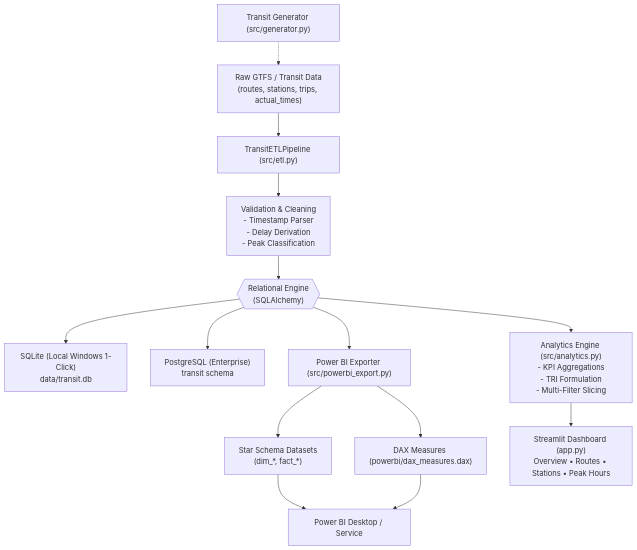
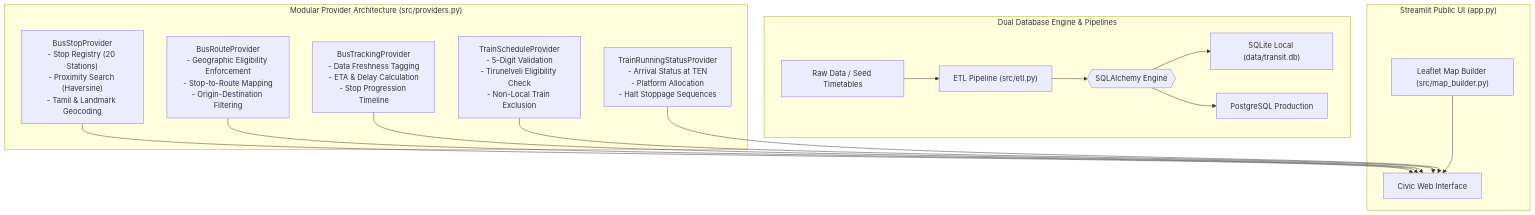
One commit to raguramrrp/90-days-90-projects-day-07-public-transit-delay-dashboard changed the diagram in README.md. Above: the diagram before and after it, drawn with Mermaid. The commit also changed other lines of this file and 63 other files, not shown here.

Commit message:
feat: upgrade to Tirunelveli Transport Tracker with Google Stitch Civic UI

````diff
--- a/README.md
+++ b/README.md
@@ -78,19 +123,26 @@
 ```mermaid
 flowchart TD
-    RAW["Raw GTFS / Transit Data<br/>(routes, stations, trips, actual_times)"] --> ETL["TransitETLPipeline (src/etl.py)"]
-    GEN["Transit Generator (src/generator.py)"] -.-> RAW
-    ETL --> VAL["Validation & Cleaning<br/>- Timestamp Parser<br/>- Delay Derivation<br/>- Peak Classification"]
-    
-    VAL --> DB{{"Relational Engine<br/>(SQLAlchemy)"}}
-    DB --> SQLITE["SQLite (Local Windows 1-Click)<br/>data/transit.db"]
-    DB --> PG["PostgreSQL (Enterprise)<br/>transit schema"]
-    
-    DB --> ANALYTICS["Analytics Engine (src/analytics.py)<br/>- KPI Aggregations<br/>- TRI Formulation<br/>- Multi-Filter Slicing"]
-    DB --> EXPORT["Power BI Exporter (src/powerbi_export.py)"]
-    EXPORT --> PBI_CSV["Star Schema Datasets<br/>(dim_*, fact_*)"]
-    EXPORT --> DAX["DAX Measures (powerbi/dax_measures.dax)"]
-    
-    ANALYTICS --> STREAMLIT["Streamlit Dashboard (app.py)<br/>Overview • Routes • Stations • Peak Hours"]
-    PBI_CSV --> PBI["Power BI Desktop / Service"]
-    DAX --> PBI
+    subgraph Provider_Layer ["Modular Provider Architecture (src/providers.py)"]
+        BSP["BusStopProvider<br/>- Stop Registry (20 Stations)<br/>- Proximity Search (Haversine)<br/>- Tamil & Landmark Geocoding"]
+        BRP["BusRouteProvider<br/>- Geographic Eligibility Enforcement<br/>- Stop-to-Route Mapping<br/>- Origin-Destination Filtering"]
+        BTP["BusTrackingProvider<br/>- Data Freshness Tagging<br/>- ETA & Delay Calculation<br/>- Stop Progression Timeline"]
+        TSP["TrainScheduleProvider<br/>- 5-Digit Validation<br/>- Tirunelveli Eligibility Check<br/>- Non-Local Train Exclusion"]
+        TRP["TrainRunningStatusProvider<br/>- Arrival Status at TEN<br/>- Platform Allocation<br/>- Halt Stoppage Sequences"]
+    end
+
+    subgraph Data_Layer ["Dual Database Engine & Pipelines"]
+        RAW["Raw Data / Seed Timetables"] --> ETL["ETL Pipeline (src/etl.py)"]
+        ETL --> DB{{"SQLAlchemy Engine"}}
+        DB --> SQLITE["SQLite Local (data/transit.db)"]
+        DB --> PG["PostgreSQL Production"]
+    end
+
+    subgraph Presentation_Layer ["Streamlit Public UI (app.py)"]
+        BSP --> APP["Civic Web Interface"]
+        BRP --> APP
+        BTP --> APP
+        TSP --> APP
+        TRP --> APP
+        MAP["Leaflet Map Builder (src/map_builder.py)"] --> APP
+    end
 ```
````
